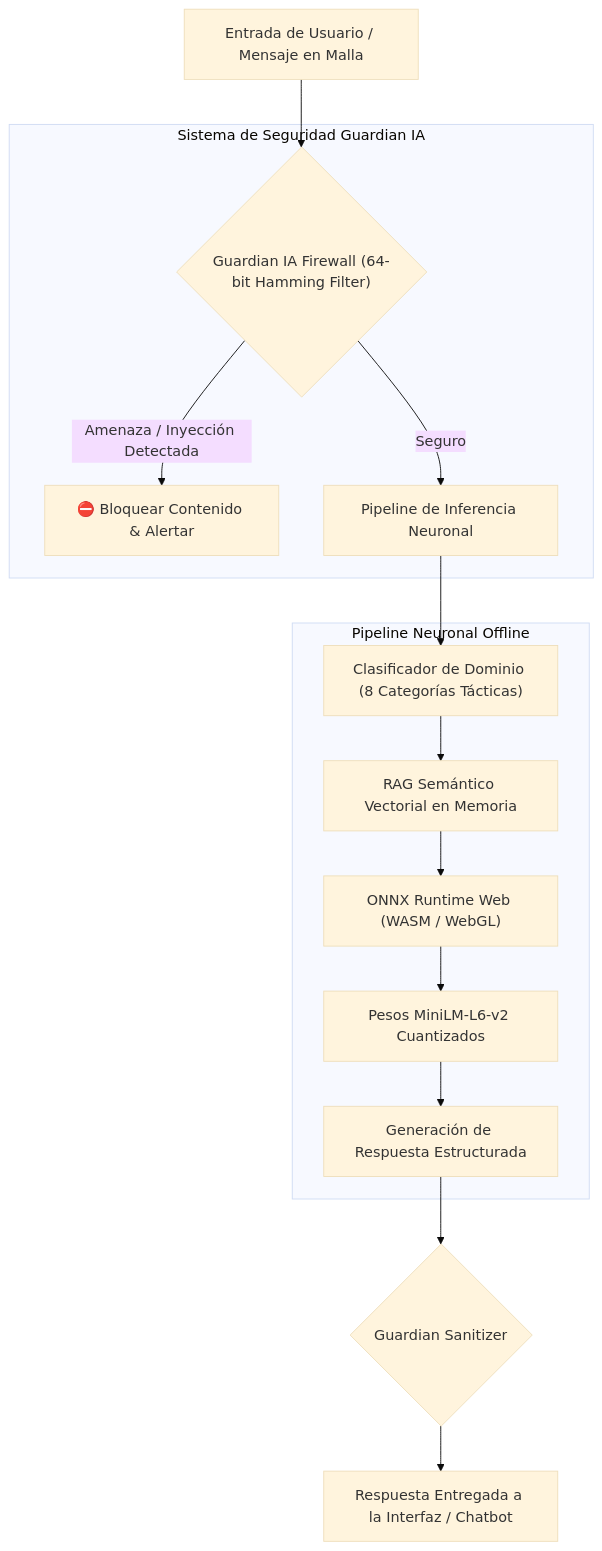
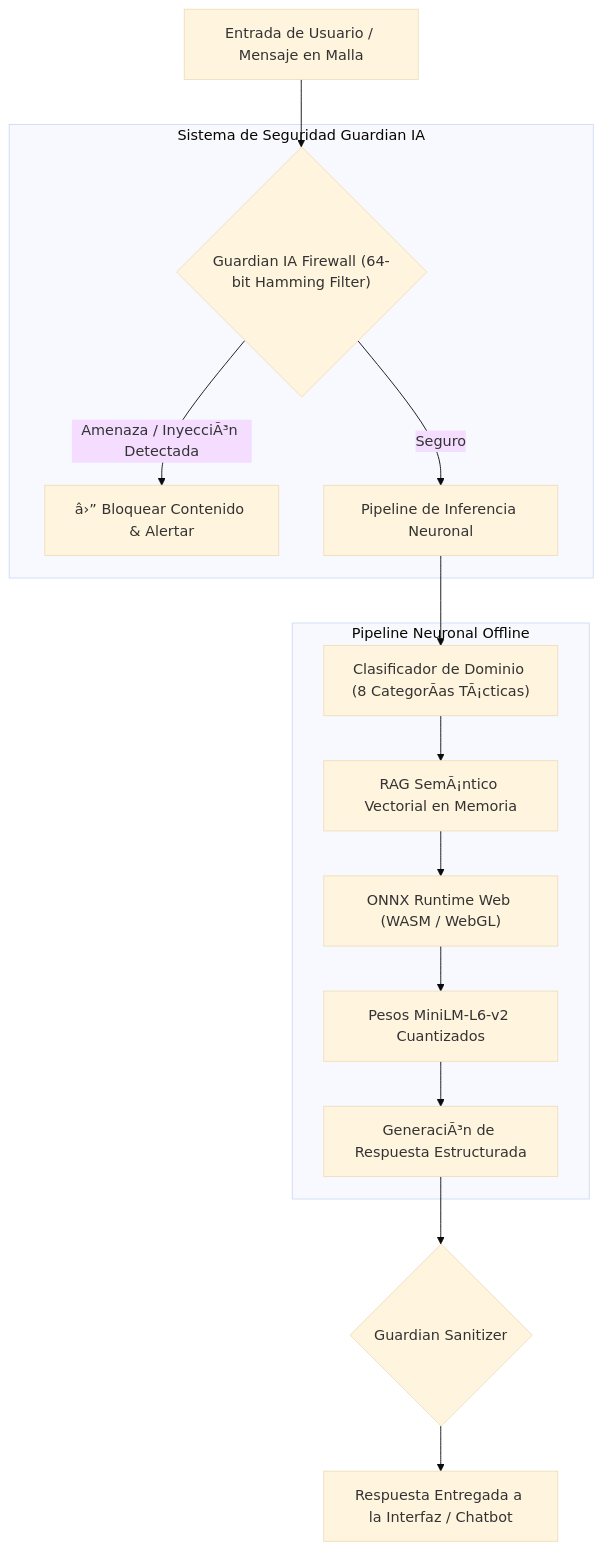
One commit to DarckRovert/RED changed the fifth of 5 diagrams in ARCHITECTURE.md. Above: the diagram before and after it, drawn with Mermaid (base theme). The commit also changed other lines of this file and 49 other files, not shown here.

````diff
--- a/ARCHITECTURE.md
+++ b/ARCHITECTURE.md
@@ -235,20 +235,20 @@
 ```mermaid
 flowchart TD
     USER_QUERY["Entrada de Usuario / Mensaje en Malla"] --> GUARDIAN_IN{"Guardian IA Firewall (64-bit Hamming Filter)"}
 
     subgraph GUARDIAN_ENGINE ["Sistema de Seguridad Guardian IA"]
-        GUARDIAN_IN -- "Amenaza / Inyección Detectada" --> BLOCK_ACT["⛔ Bloquear Contenido & Alertar"]
+        GUARDIAN_IN -- "Amenaza / InyecciÃ³n Detectada" --> BLOCK_ACT["â›” Bloquear Contenido & Alertar"]
         GUARDIAN_IN -- "Seguro" --> AI_PIPELINE["Pipeline de Inferencia Neuronal"]
     end
 
     subgraph AI_PIPELINE_ENGINE ["Pipeline Neuronal Offline"]
-        AI_PIPELINE --> CLASSIFIER["Clasificador de Dominio (8 Categorías Tácticas)"]
-        CLASSIFIER --> RAG["RAG Semántico Vectorial en Memoria"]
+        AI_PIPELINE --> CLASSIFIER["Clasificador de Dominio (8 CategorÃ­as TÃ¡cticas)"]
+        CLASSIFIER --> RAG["RAG SemÃ¡ntico Vectorial en Memoria"]
         RAG --> ONNX_RUNTIME["ONNX Runtime Web (WASM / WebGL)"]
         ONNX_RUNTIME --> MODEL_WEIGHTS["Pesos MiniLM-L6-v2 Cuantizados"]
-        MODEL_WEIGHTS --> GEN_RESP["Generación de Respuesta Estructurada"]
+        MODEL_WEIGHTS --> GEN_RESP["GeneraciÃ³n de Respuesta Estructurada"]
     end
 
     GEN_RESP --> GUARDIAN_OUT{"Guardian Sanitizer"}
     GUARDIAN_OUT --> DELIVER_RESP["Respuesta Entregada a la Interfaz / Chatbot"]
 ```
````
